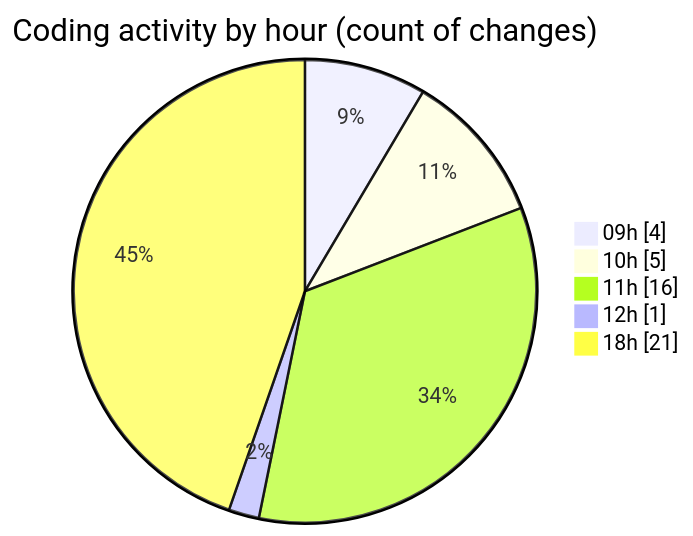
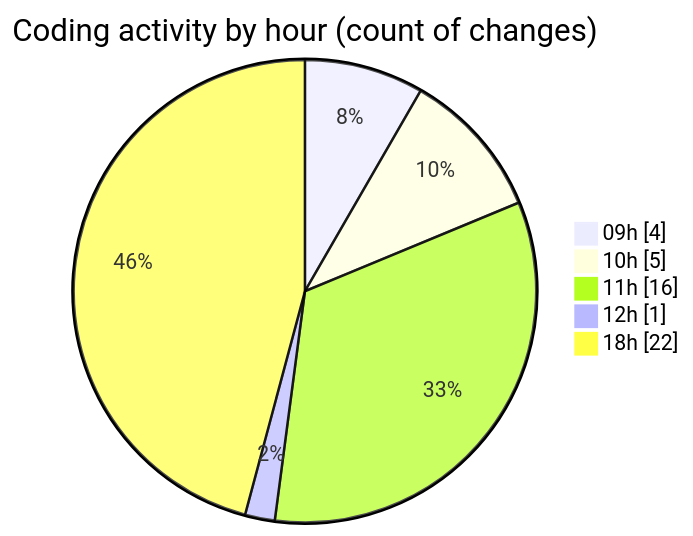
Before and after one commit to momahboobian/code-tracking: the second of 2 diagrams in 2025-04-28/cda/README.md, drawn with Mermaid. The commit also changed other lines of this file and 1 other file, not shown here.

````diff
--- a/2025-04-28/cda/README.md
+++ b/2025-04-28/cda/README.md
@@ -46,9 +46,9 @@
 ```mermaid
 pie showData
 title Coding activity by hour (count of changes)
 "09h" : 4
 "10h" : 5
 "11h" : 16
 "12h" : 1
-"18h" : 21
+"18h" : 22
 ```
````
